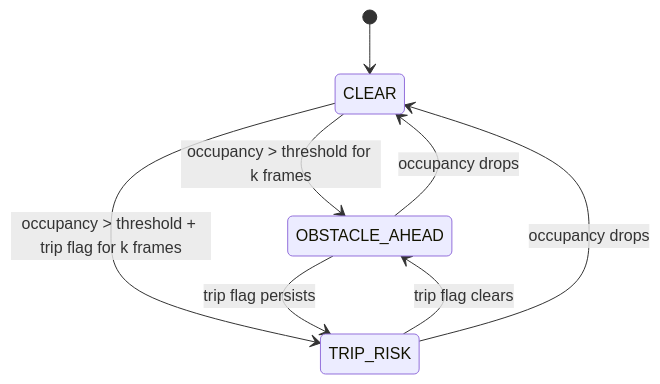
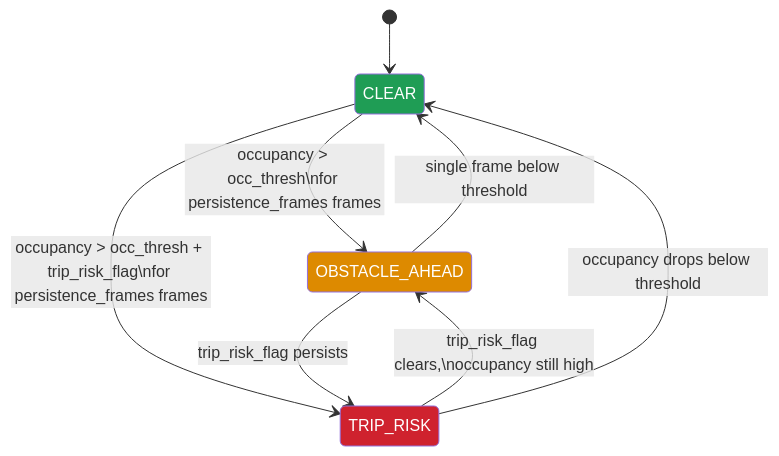
One commit to Rayhanpatel/PathGuard changed the second of 2 diagrams in README.md. Above: the diagram before and after it, drawn with Mermaid. The commit also changed other lines of this file and 2 other files, not shown here.

````diff
--- a/README.md
+++ b/README.md
@@ -121,10 +221,21 @@
 ```mermaid
 stateDiagram-v2
     [*] --> CLEAR
-    CLEAR --> OBSTACLE_AHEAD : occupancy > threshold for k frames
-    CLEAR --> TRIP_RISK : occupancy > threshold + trip flag for k frames
-    OBSTACLE_AHEAD --> CLEAR : occupancy drops
-    OBSTACLE_AHEAD --> TRIP_RISK : trip flag persists
-    TRIP_RISK --> OBSTACLE_AHEAD : trip flag clears
-    TRIP_RISK --> CLEAR : occupancy drops
+
+    CLEAR --> OBSTACLE_AHEAD : occupancy > occ_thresh\nfor persistence_frames frames
+    CLEAR --> TRIP_RISK : occupancy > occ_thresh + trip_risk_flag\nfor persistence_frames frames
+
+    OBSTACLE_AHEAD --> CLEAR : single frame below threshold
+    OBSTACLE_AHEAD --> TRIP_RISK : trip_risk_flag persists
+
+    TRIP_RISK --> OBSTACLE_AHEAD : trip_risk_flag clears,\noccupancy still high
+    TRIP_RISK --> CLEAR : occupancy drops below threshold
+
+    classDef safe fill:#1f9d55,color:#fff
+    classDef warn fill:#dd8a00,color:#fff
+    classDef danger fill:#cf222e,color:#fff
+
+    class CLEAR safe
+    class OBSTACLE_AHEAD warn
+    class TRIP_RISK danger
 ```
````
